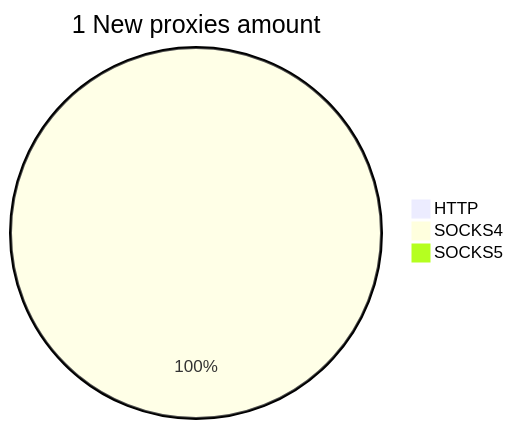
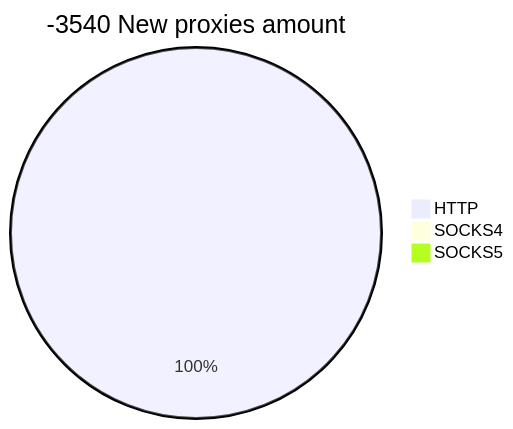
Before and after one commit to cutipu/proxylist: the second of 2 diagrams in README.md, drawn with Mermaid. The commit also changed other lines of this file, not shown here.

````diff
--- a/README.md
+++ b/README.md
@@ -10,6 +10,6 @@
 ```mermaid
-pie title 1 New proxies amount
-    "HTTP" : 0
-    "SOCKS4" : 4
+pie title -3540 New proxies amount
+    "HTTP" : 45
+    "SOCKS4" : 0
     "SOCKS5" : 0
 ```
````
